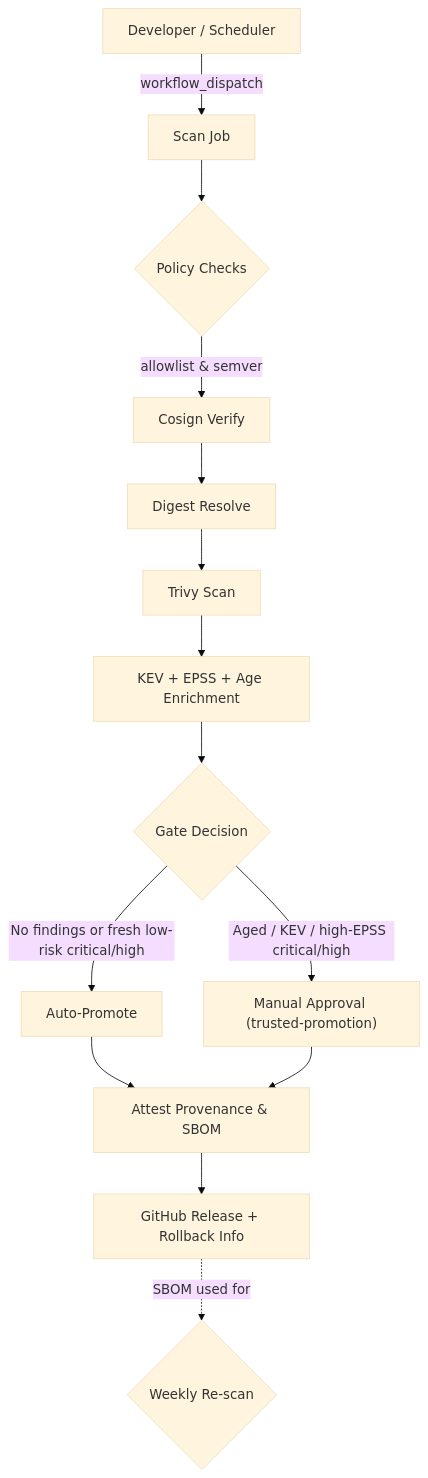
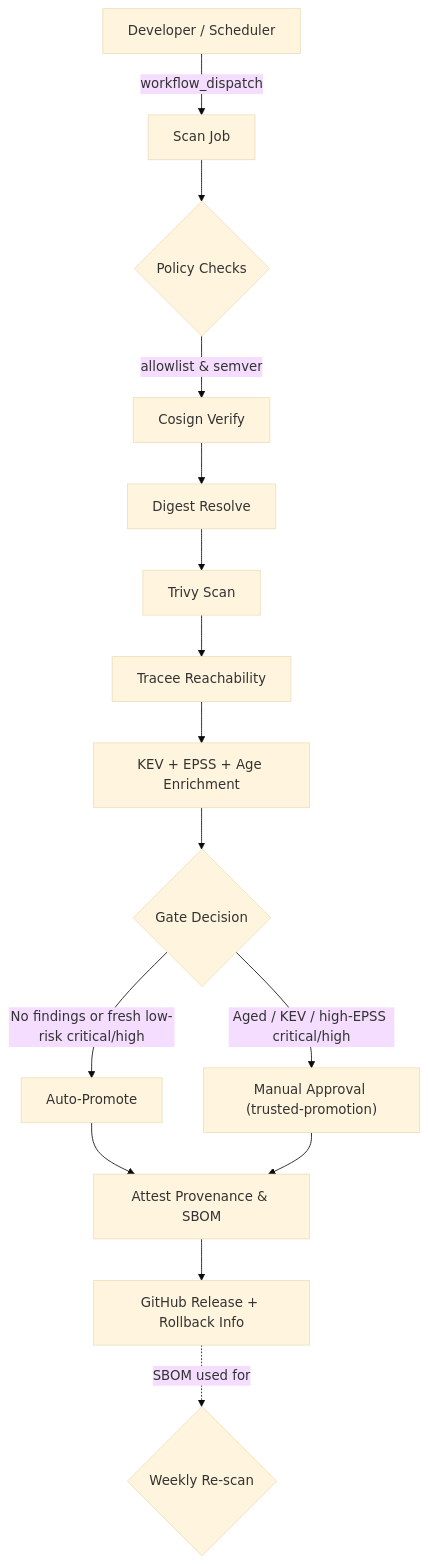
One commit to svveec0d3/secure-deploy changed the diagram in README.md. Above: the diagram before and after it, drawn with Mermaid (base theme). The commit also changed other lines of this file and 8 other files, not shown here.

Commit message:
Add Tracee reachability to vulnerability scans

````diff
--- a/README.md
+++ b/README.md
@@ -47,16 +48,17 @@
 ```mermaid
 flowchart TD
     A[Developer / Scheduler] -->|workflow_dispatch| B[Scan Job]
     B --> C{Policy Checks}
     C -->|allowlist & semver| D[Cosign Verify]
     D --> E[Digest Resolve]
     E --> F[Trivy Scan]
-    F --> G[KEV + EPSS + Age Enrichment]
-    G --> H{Gate Decision}
-    H -->|No findings or fresh low-risk critical/high| I[Auto‑Promote]
-    H -->|Aged / KEV / high-EPSS critical/high| J["Manual Approval (trusted‑promotion)"]
-    I --> K[Attest Provenance & SBOM]
-    J --> K
-    K --> L[GitHub Release + Rollback Info]
-    L -.->|SBOM used for| M{Weekly Re-scan}
+    F --> G[Tracee Reachability]
+    G --> H[KEV + EPSS + Age Enrichment]
+    H --> I{Gate Decision}
+    I -->|No findings or fresh low-risk critical/high| J[Auto‑Promote]
+    I -->|Aged / KEV / high-EPSS critical/high| K["Manual Approval (trusted‑promotion)"]
+    J --> L[Attest Provenance & SBOM]
+    K --> L
+    L --> M[GitHub Release + Rollback Info]
+    M -.->|SBOM used for| N{Weekly Re-scan}
 ```
````
